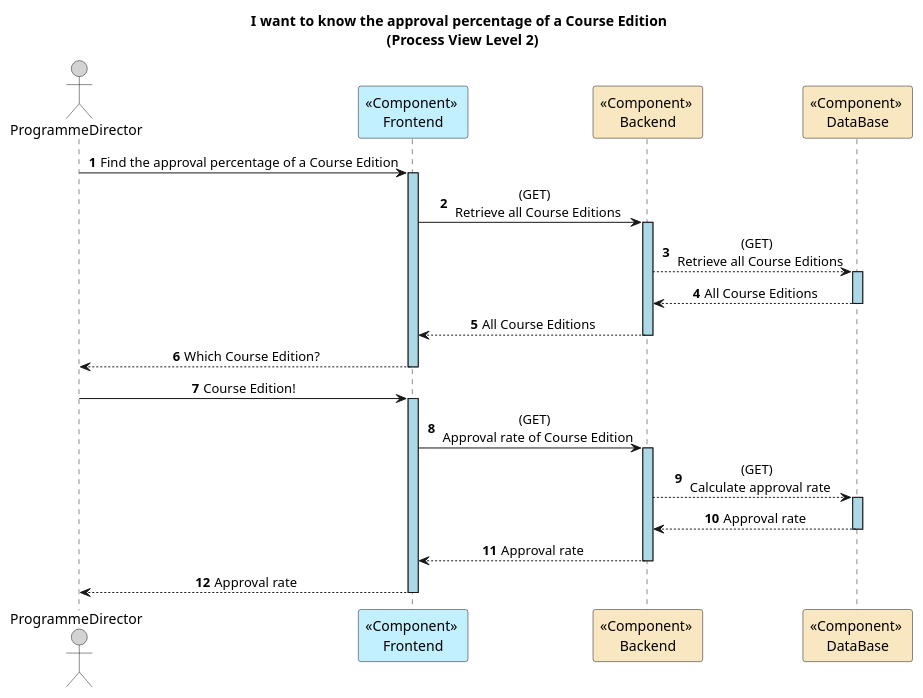
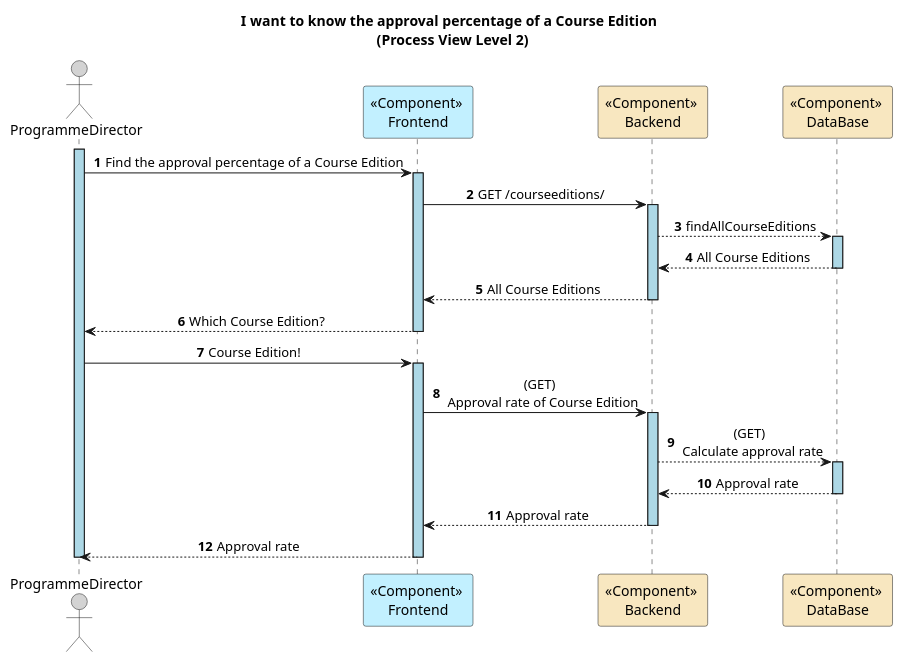
Before and after one commit to GasparISEP/DevOps-PAI: the diagram in docs/US23/REST_API/ProcessView/Level2.puml, drawn with PlantUML. The commit also changed 1 other file, not shown here.

Commit message:
Update Process View Level 2's Diagram. Refs #565

```diff
--- a/docs/US23/REST_API/ProcessView/Level2.puml
+++ b/docs/US23/REST_API/ProcessView/Level2.puml
@@ -1,40 +1,40 @@
 @startuml
 autonumber
 skinparam sequenceMessageAlign center
 skinparam sequenceLifeLineBackgroundColor lightblue
 title: I want to know the approval percentage of a Course Edition \n (Process View Level 2)
 actor ProgrammeDirector as ProgrammeDirector #lightgrey
 
 participant "<<Component>> \nFrontend" as FE #application
 participant "<<Component>> \nBackend" as BE #strategy
 participant "<<Component>> \nDataBase" as Database #strategy
 
-
+activate ProgrammeDirector
 ProgrammeDirector -> FE : Find the approval percentage of a Course Edition
 activate FE
-FE -> BE : (GET) \n Retrieve all Course Editions
+FE -> BE : GET /courseeditions/
 activate BE
-BE --> Database : (GET) \n Retrieve all Course Editions
+BE --> Database : findAllCourseEditions
 activate Database
 Database --> BE : All Course Editions
 deactivate Database
 BE --> FE : All Course Editions
 deactivate BE
 FE --> ProgrammeDirector : Which Course Edition?
 deactivate FE
 
 ProgrammeDirector -> FE: Course Edition!
 activate FE
 FE -> BE : (GET) \n Approval rate of Course Edition
 activate BE
 BE --> Database : (GET) \n Calculate approval rate
 activate Database
 Database --> BE :Approval rate
 deactivate Database
 BE --> FE : Approval rate
 deactivate BE
 FE --> ProgrammeDirector : Approval rate
 deactivate FE
-
+deactivate ProgrammeDirector
 
 @enduml
```
